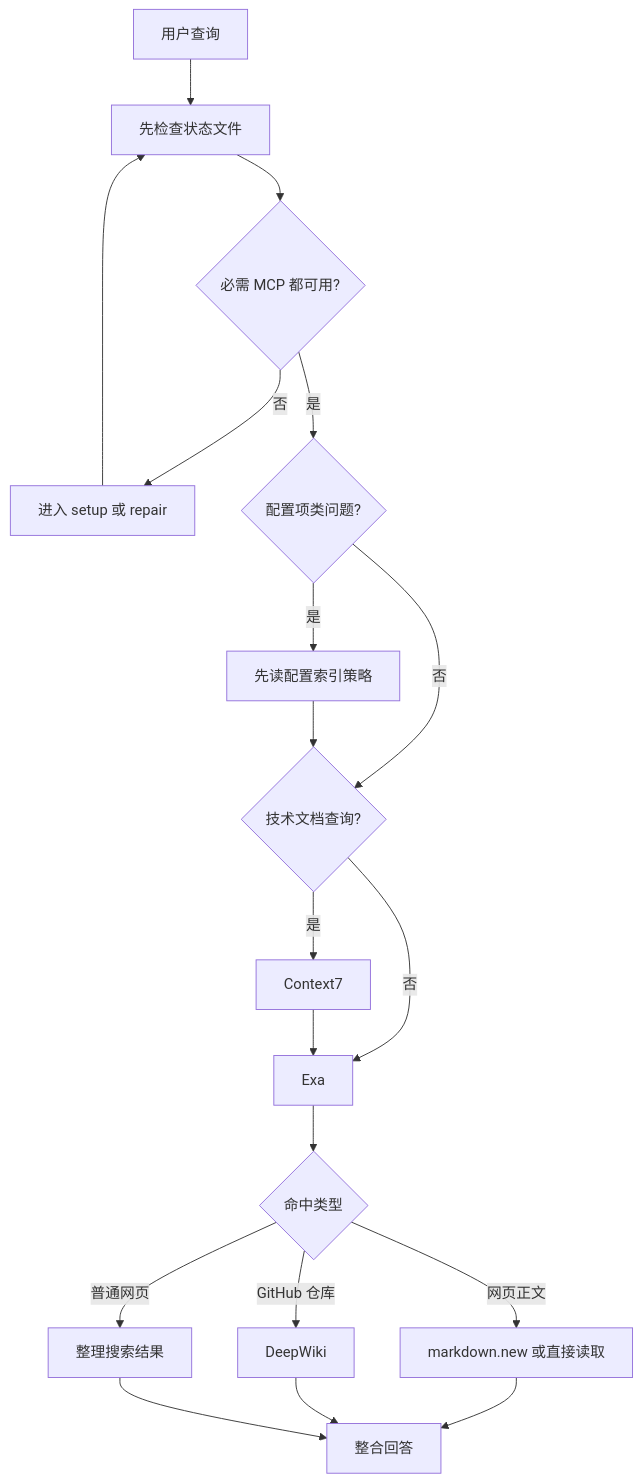
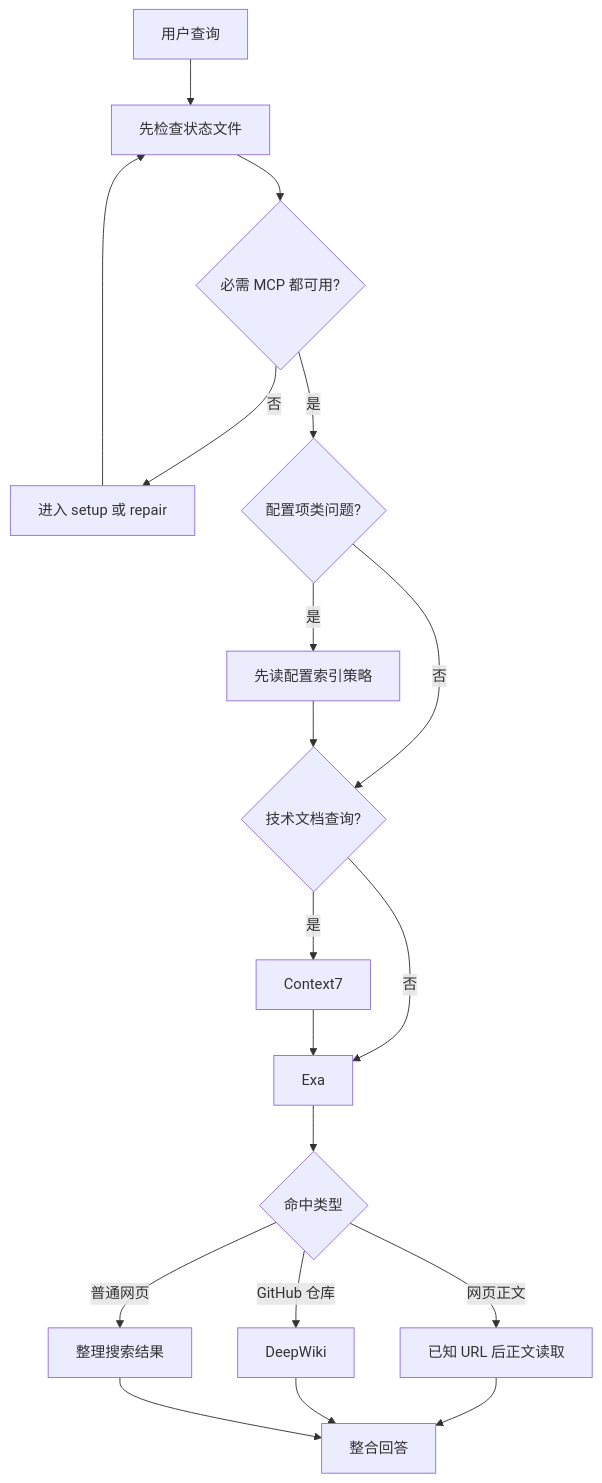
Before and after one commit to karthrand/karthrand-ai-public: the first of 2 diagrams in skills/search-web/examples/usage.md, drawn with Mermaid. The commit also changed other lines of this file and 3 other files, not shown here.

````diff
--- a/skills/search-web/examples/usage.md
+++ b/skills/search-web/examples/usage.md
@@ -16,21 +16,21 @@
 ```mermaid
 graph TD
     A[用户查询] --> B[先检查状态文件]
     B --> C{必需 MCP 都可用?}
     C -->|否| D[进入 setup 或 repair]
     C -->|是| E{配置项类问题?}
     D --> B
     E -->|是| F[先读配置索引策略]
     E -->|否| G{技术文档查询?}
     F --> G
     G -->|是| H[Context7]
     G -->|否| I[Exa]
     H --> I
     I --> J{命中类型}
-    J -->|网页正文| K[markdown.new 或直接读取]
+    J -->|网页正文| K[已知 URL 后正文读取]
     J -->|GitHub 仓库| L[DeepWiki]
     J -->|普通网页| M[整理搜索结果]
     K --> N[整合回答]
     L --> N
     M --> N
 ```
````
